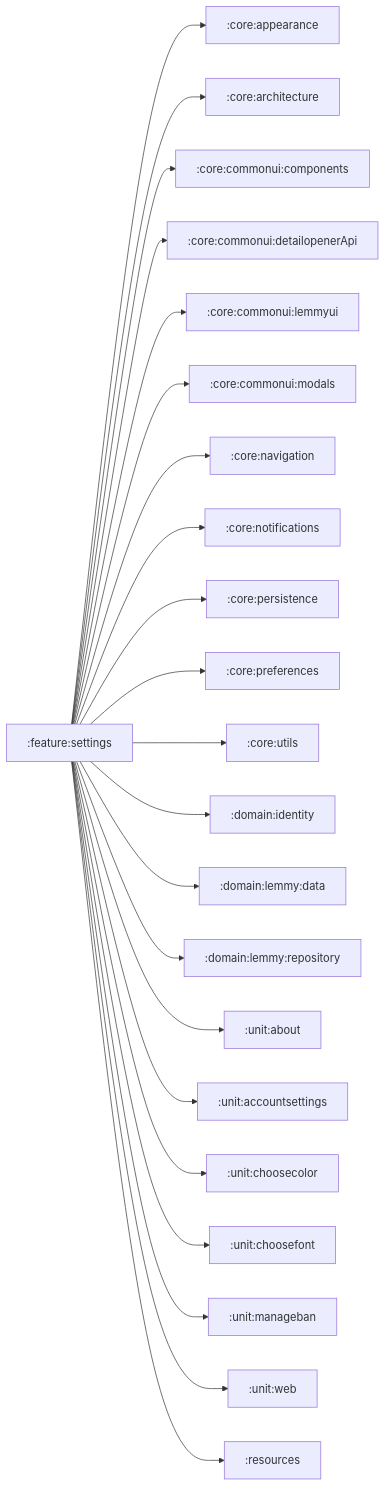
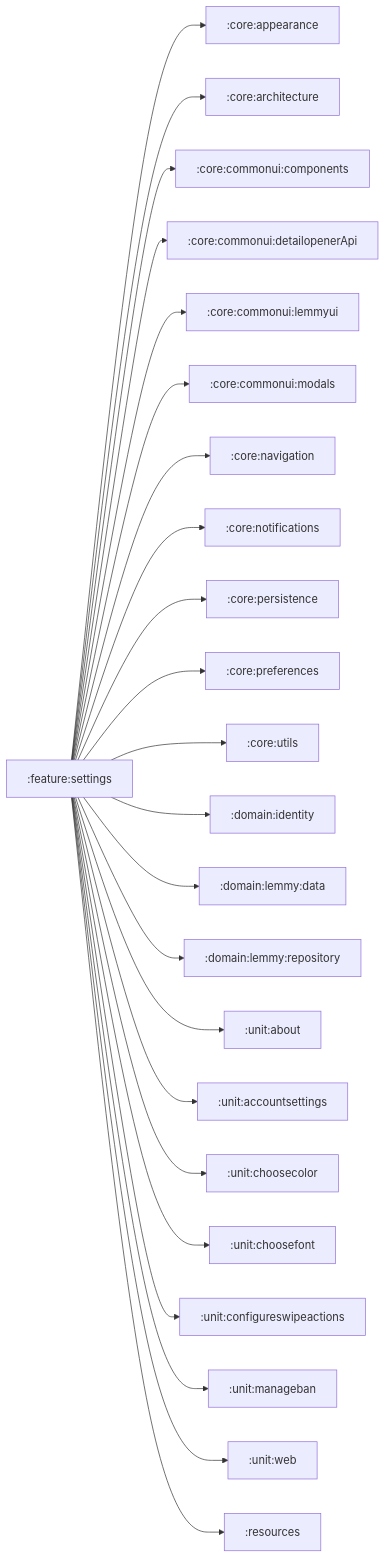
Before and after one commit to LiveFastEatTrashRaccoon/RaccoonForLemmy: the seventh of 59 diagrams in MODULE_DIAGRAMS.md, drawn with Mermaid. The commit also changed other lines of this file and 1 other file, not shown here.

````diff
--- a/MODULE_DIAGRAMS.md
+++ b/MODULE_DIAGRAMS.md
@@ -168,24 +168,25 @@
 ```mermaid
 flowchart LR
     :feature:settings --> :core:appearance
     :feature:settings --> :core:architecture
     :feature:settings --> :core:commonui:components
     :feature:settings --> :core:commonui:detailopenerApi
     :feature:settings --> :core:commonui:lemmyui
     :feature:settings --> :core:commonui:modals
     :feature:settings --> :core:navigation
     :feature:settings --> :core:notifications
     :feature:settings --> :core:persistence
     :feature:settings --> :core:preferences
     :feature:settings --> :core:utils
     :feature:settings --> :domain:identity
     :feature:settings --> :domain:lemmy:data
     :feature:settings --> :domain:lemmy:repository
     :feature:settings --> :unit:about
     :feature:settings --> :unit:accountsettings
     :feature:settings --> :unit:choosecolor
     :feature:settings --> :unit:choosefont
+    :feature:settings --> :unit:configureswipeactions
     :feature:settings --> :unit:manageban
     :feature:settings --> :unit:web
     :feature:settings --> :resources
 ```
````
